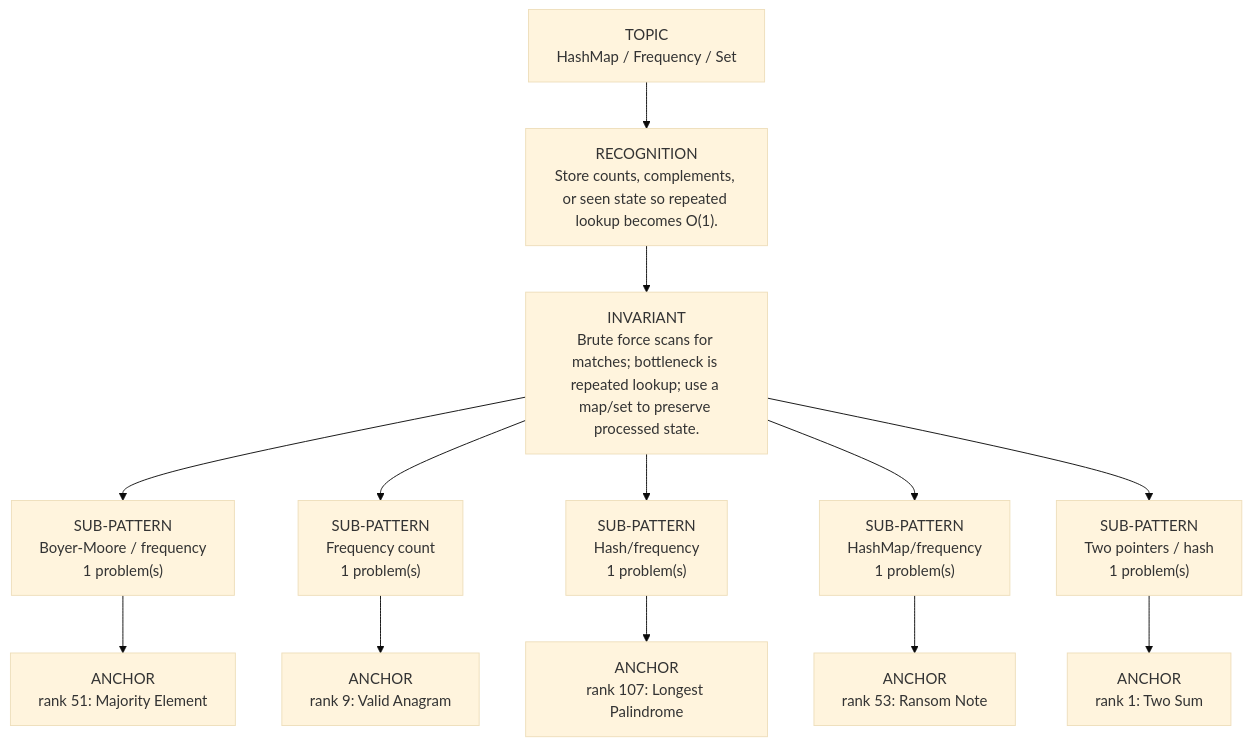
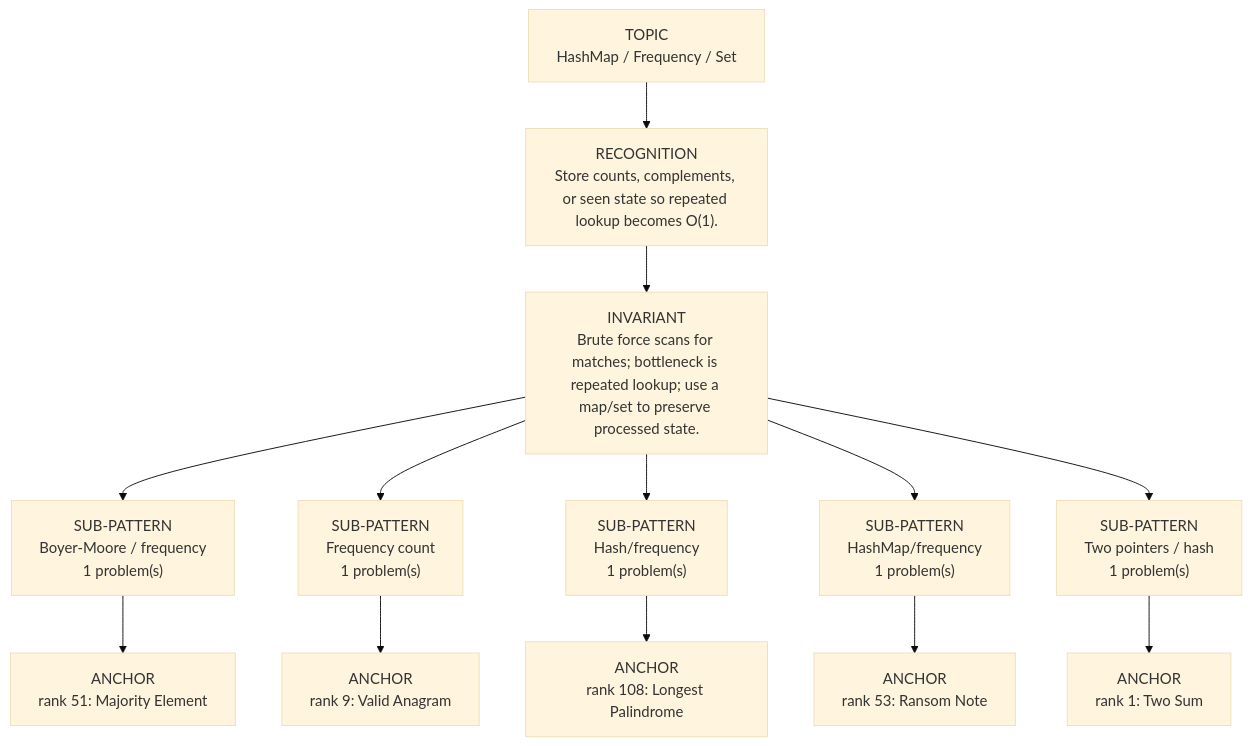
The diagram in dsa-review/interview/patterns/01_hashmap_hashset.md (thechiranjeevjain/DSA10days), drawn with Mermaid (base theme) before and after one commit. The commit also changed other lines of this file and 51 other files, not shown here.

````diff
--- a/dsa-review/interview/patterns/01_hashmap_hashset.md
+++ b/dsa-review/interview/patterns/01_hashmap_hashset.md
@@ -15,17 +15,17 @@
 ```mermaid
 flowchart TD
   Topic["TOPIC<br/>HashMap / Frequency / Set"]
   Recognition["RECOGNITION<br/>Store counts, complements, or seen state so repeated lookup becomes O(1)."]
   Invariant["INVARIANT<br/>Brute force scans for matches; bottleneck is repeated lookup; use a map/set to preserve processed state."]
   Topic --> Recognition --> Invariant
   Invariant --> Sub01["SUB-PATTERN<br/>Boyer-Moore / frequency<br/>1 problem(s)"]
   Sub01 --> Sub01A01["ANCHOR<br/>rank 51: Majority Element"]
   Invariant --> Sub02["SUB-PATTERN<br/>Frequency count<br/>1 problem(s)"]
   Sub02 --> Sub02A01["ANCHOR<br/>rank 9: Valid Anagram"]
   Invariant --> Sub03["SUB-PATTERN<br/>Hash/frequency<br/>1 problem(s)"]
-  Sub03 --> Sub03A01["ANCHOR<br/>rank 107: Longest Palindrome"]
+  Sub03 --> Sub03A01["ANCHOR<br/>rank 108: Longest Palindrome"]
   Invariant --> Sub04["SUB-PATTERN<br/>HashMap/frequency<br/>1 problem(s)"]
   Sub04 --> Sub04A01["ANCHOR<br/>rank 53: Ransom Note"]
   Invariant --> Sub05["SUB-PATTERN<br/>Two pointers / hash<br/>1 problem(s)"]
   Sub05 --> Sub05A01["ANCHOR<br/>rank 1: Two Sum"]
 ```
````
